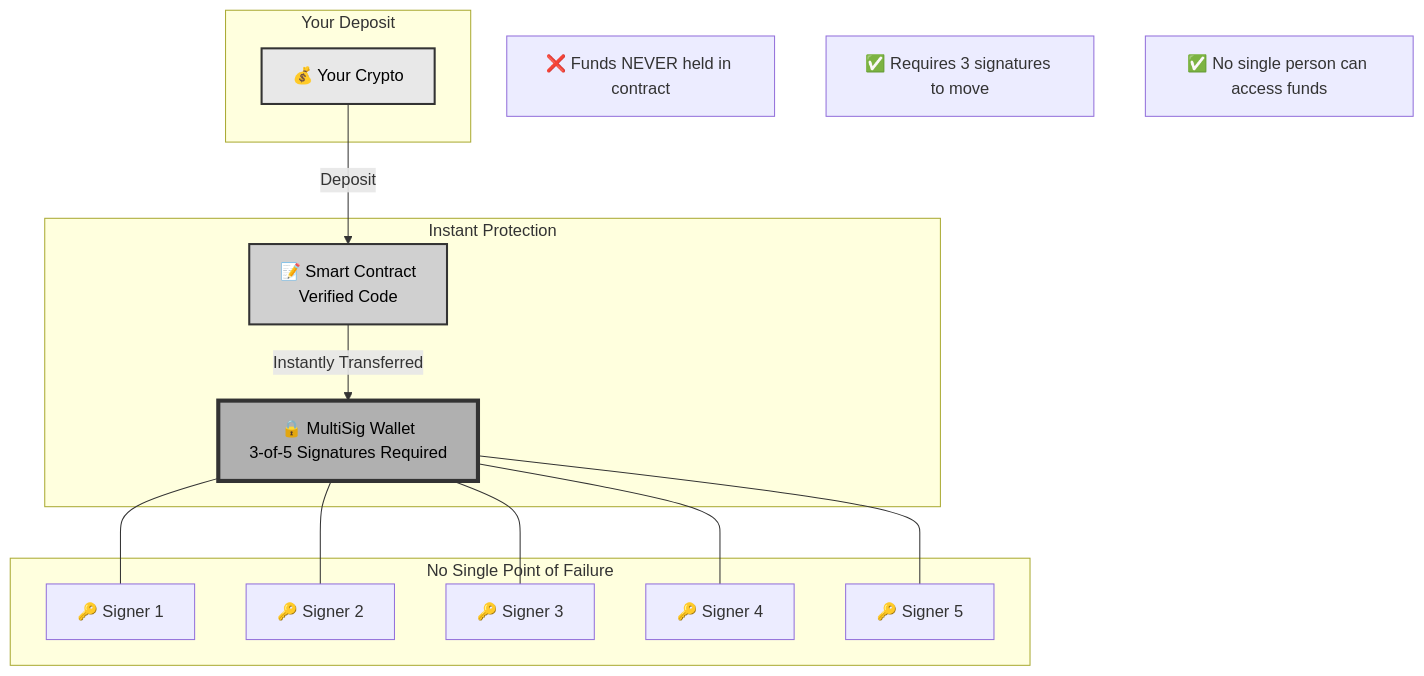
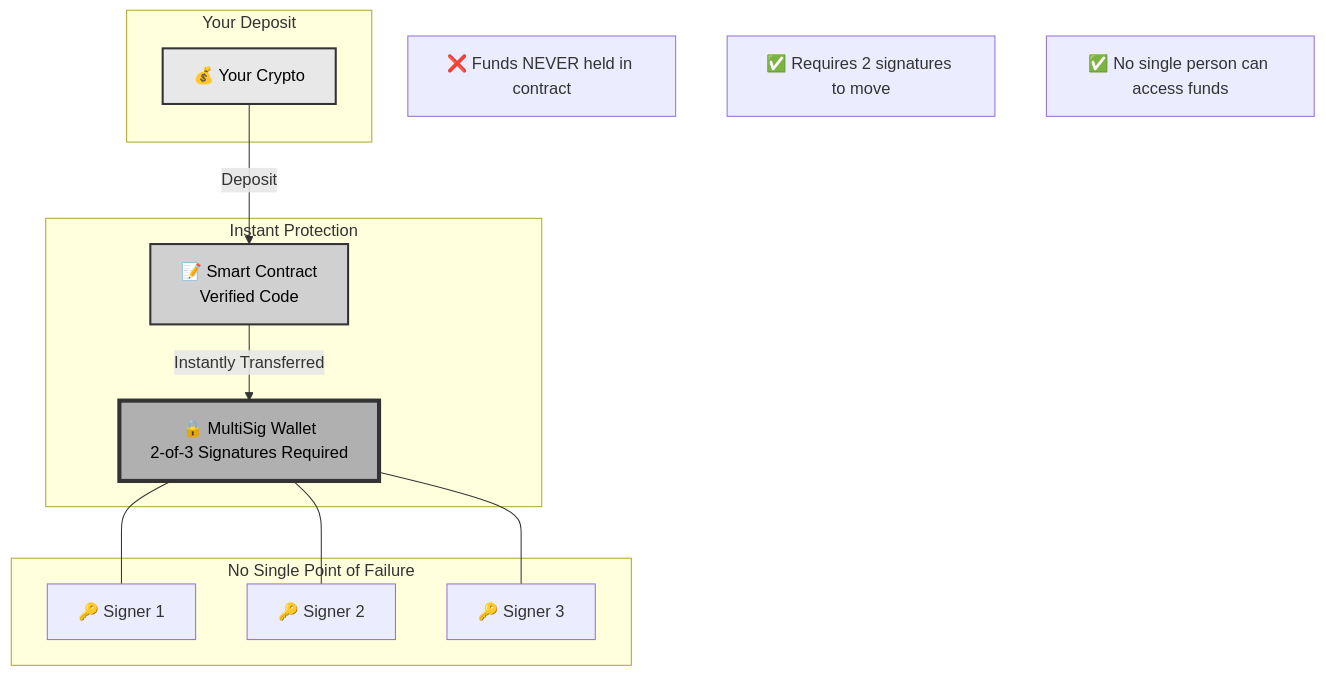
One commit to VaporFund/vapor-staking-platform-docs changed the second of 20 diagrams in ARCHITECTURE.md. Above: the diagram before and after it, drawn with Mermaid. The commit also changed other lines of this file and 5 other files, not shown here.

````diff
--- a/ARCHITECTURE.md
+++ b/ARCHITECTURE.md
@@ -48,36 +56,32 @@
 ```mermaid
 graph TB
     subgraph "Your Deposit"
         USER[💰 Your Crypto]
     end
 
     subgraph "Instant Protection"
         CONTRACT[📝 Smart Contract<br/>Verified Code]
-        MULTISIG[🔒 MultiSig Wallet<br/>3-of-5 Signatures Required]
+        MULTISIG[🔒 MultiSig Wallet<br/>2-of-3 Signatures Required]
     end
 
     subgraph "No Single Point of Failure"
         KEY1[🔑 Signer 1]
         KEY2[🔑 Signer 2]
         KEY3[🔑 Signer 3]
-        KEY4[🔑 Signer 4]
-        KEY5[🔑 Signer 5]
     end
 
     USER -->|Deposit| CONTRACT
     CONTRACT -->|Instantly Transferred| MULTISIG
 
     MULTISIG --- KEY1
     MULTISIG --- KEY2
     MULTISIG --- KEY3
-    MULTISIG --- KEY4
-    MULTISIG --- KEY5
 
     Note1[❌ Funds NEVER held in contract]
-    Note2[✅ Requires 3 signatures to move]
+    Note2[✅ Requires 2 signatures to move]
     Note3[✅ No single person can access funds]
 
     style USER fill:#e8e8e8,stroke:#333,stroke-width:2px,color:#000
     style MULTISIG fill:#b0b0b0,stroke:#333,stroke-width:4px,color:#000
     style CONTRACT fill:#d0d0d0,stroke:#333,stroke-width:2px,color:#000
 ```
````
